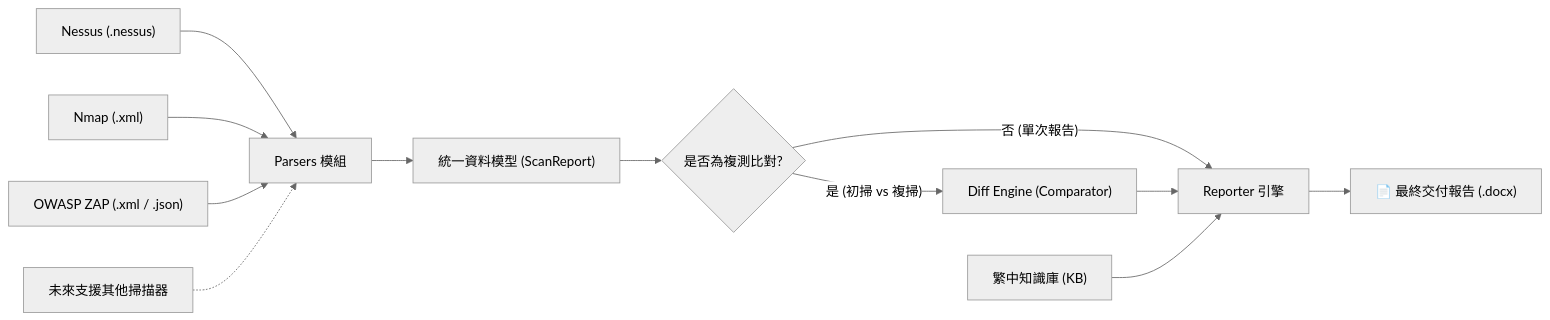
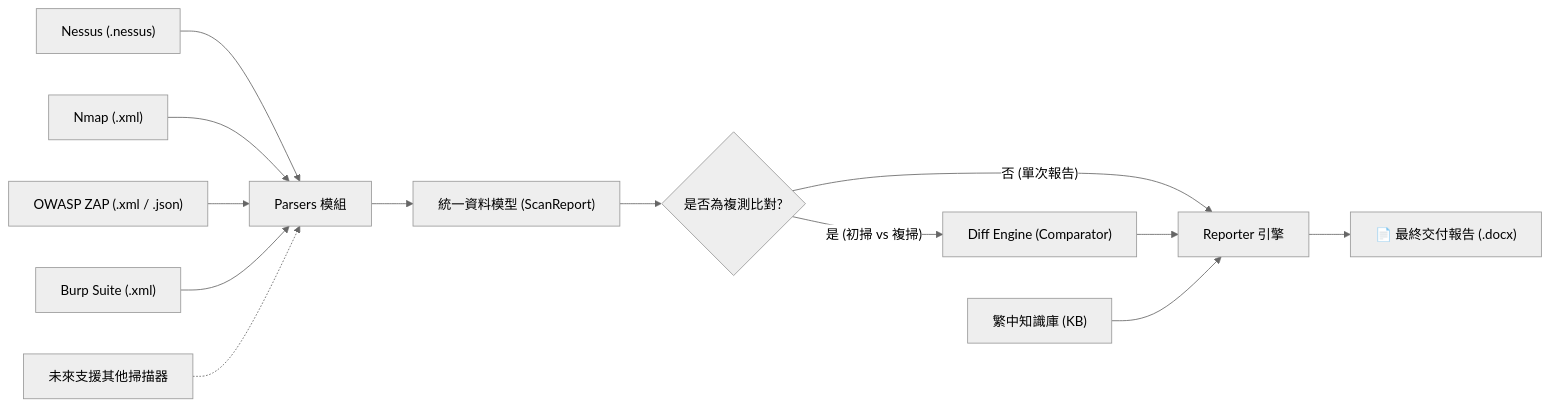
Before and after one commit to NickYCLin/vuln-weaver: the diagram in README.md, drawn with Mermaid (neutral theme). The commit also changed other lines of this file and 8 other files, not shown here.

First line of the commit message:
feat(parser): 支援 Burp Suite issues XML（CLI 與 Web Lite）

````diff
--- a/README.md
+++ b/README.md
@@ -56,18 +56,19 @@
 ```mermaid
 flowchart LR
     A["Nessus (.nessus)"] --> D["Parsers 模組"]
     B["Nmap (.xml)"] --> D
     C["OWASP ZAP (.xml / .json)"] --> D
+    C1["Burp Suite (.xml)"] --> D
     C2["未來支援其他掃描器"] -.-> D
     
     D --> E["統一資料模型 (ScanReport)"]
     
     E --> F{"是否為複測比對?"}
     F -->|"是 (初掃 vs 複掃)"| G["Diff Engine (Comparator)"]
     F -->|"否 (單次報告)"| H["Reporter 引擎"]
     
     G --> H
     J["繁中知識庫 (KB)"] --> H
     
     H --> K["📄 最終交付報告 (.docx)"]
 ```
````
